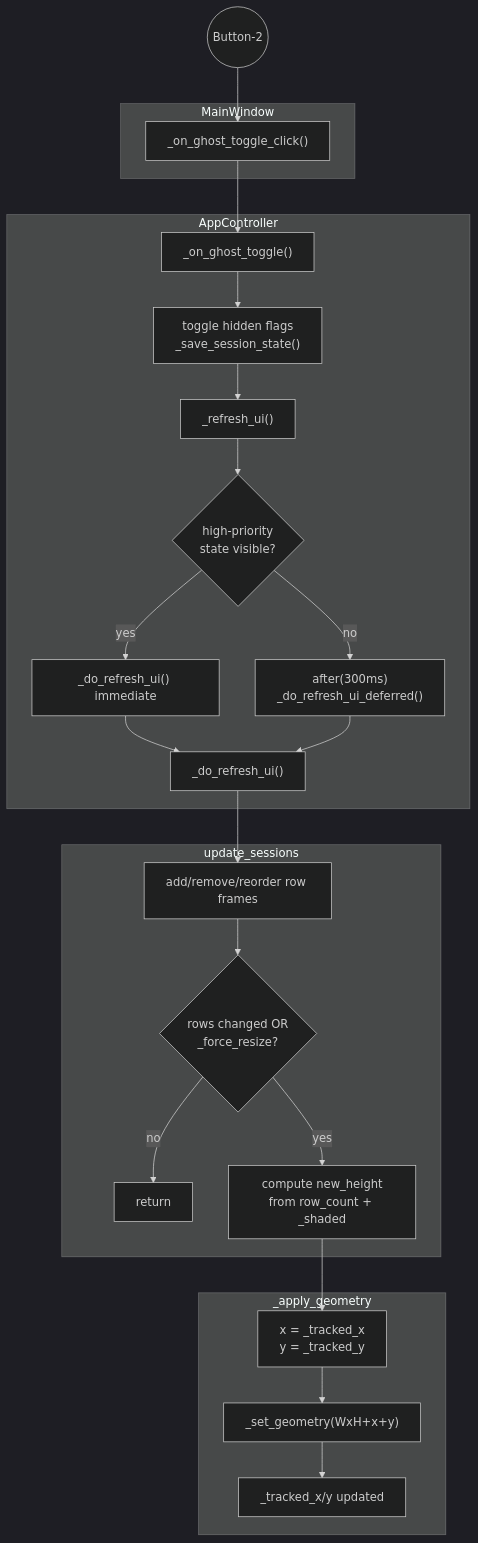
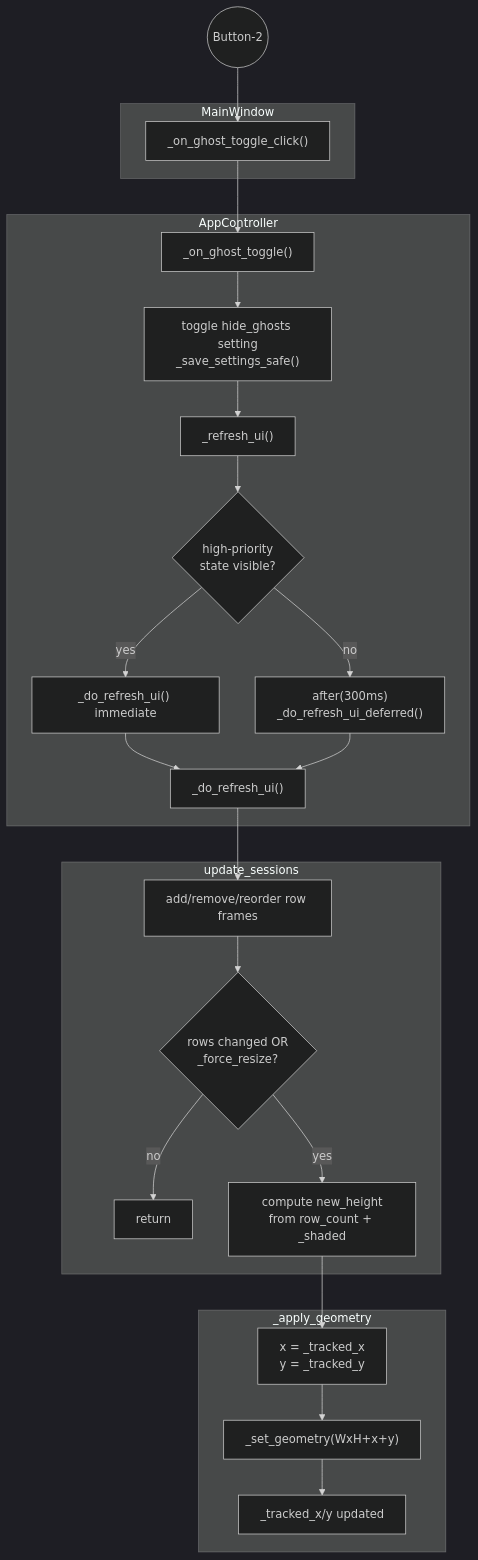
The second of 2 diagrams in docs/click-flow-analysis.md (jewzaam/claude-dashboard), drawn with Mermaid (dark theme) before and after one commit. The commit also changed other lines of this file and 12 other files, not shown here.

````diff
--- a/docs/click-flow-analysis.md
+++ b/docs/click-flow-analysis.md
@@ -43,38 +43,38 @@
 ```mermaid
 flowchart TD
     E(("Button-2")) --> A
 
     subgraph MainWindow
         A["_on_ghost_toggle_click()"]
     end
 
     A --> B
 
     subgraph AppController
         B["_on_ghost_toggle()"]
-        B --> C["toggle hidden flags\n_save_session_state()"]
+        B --> C["toggle hide_ghosts setting\n_save_settings_safe()"]
         C --> D["_refresh_ui()"]
         D --> R{high-priority\nstate visible?}
         R -->|yes| IMM["_do_refresh_ui() immediate"]
         R -->|no| DEB["after(300ms)\n_do_refresh_ui_deferred()"]
         IMM --> UPD
         DEB --> UPD
         UPD["_do_refresh_ui()"]
     end
 
     UPD --> US
 
     subgraph update_sessions
         US["add/remove/reorder row frames"]
         US --> CH{rows changed OR\n_force_resize?}
         CH -->|no| SKIP["return"]
         CH -->|yes| G
     end
 
     subgraph _apply_geometry
         G["compute new_height\nfrom row_count + _shaded"]
         G --> H["x = _tracked_x\ny = _tracked_y"]
         H --> I["_set_geometry(WxH+x+y)"]
         I --> J["_tracked_x/y updated"]
     end
 ```
````
